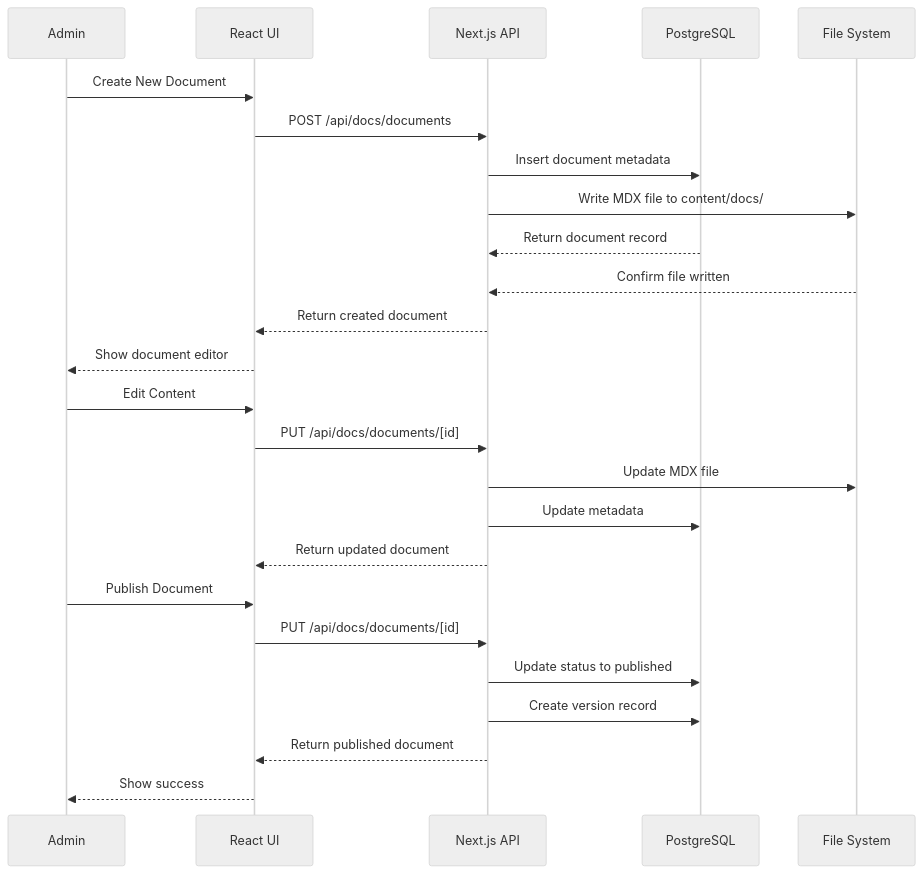
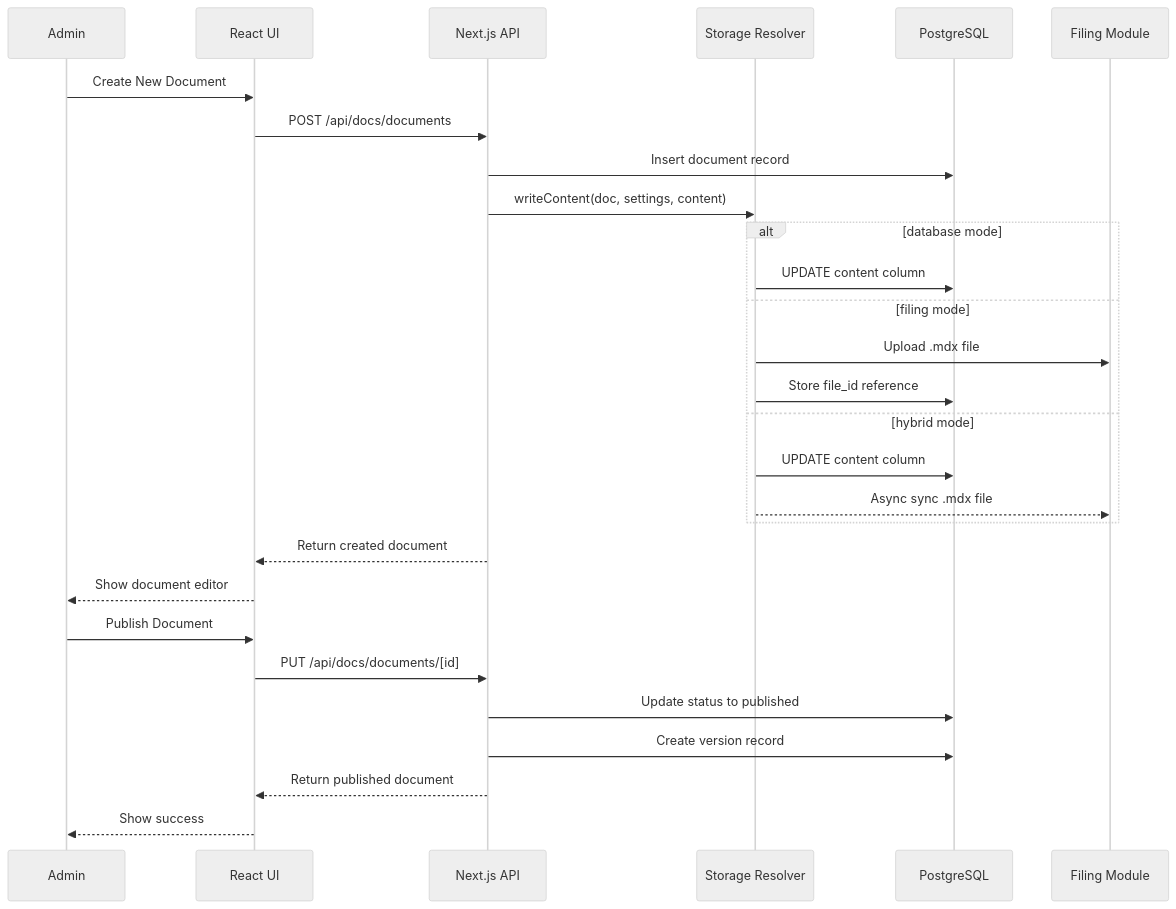
Before and after one commit to stellarsoft-tech/IdaraOS: the fourth of 8 diagrams in docs/modules/docs/architecture.md, drawn with Mermaid (neutral theme). The commit also changed other lines of this file and 25 other files, not shown here.

First line of the commit message:
docs: DB migrations, storage settings, dev Docker parity

````diff
--- a/docs/modules/docs/architecture.md
+++ b/docs/modules/docs/architecture.md
@@ -149,30 +172,34 @@
 ```mermaid
 sequenceDiagram
     participant Admin
     participant UI as React UI
     participant API as Next.js API
+    participant SR as Storage Resolver
     participant DB as PostgreSQL
-    participant FS as File System
+    participant Filing as Filing Module
     
     Admin->>UI: Create New Document
     UI->>API: POST /api/docs/documents
-    API->>DB: Insert document metadata
-    API->>FS: Write MDX file to content/docs/
-    DB-->>API: Return document record
-    FS-->>API: Confirm file written
+    API->>DB: Insert document record
+    API->>SR: writeContent(doc, settings, content)
+    
+    alt database mode
+        SR->>DB: UPDATE content column
+    else filing mode
+        SR->>Filing: Upload .mdx file
+        SR->>DB: Store file_id reference
+    else hybrid mode
+        SR->>DB: UPDATE content column
+        SR-->>Filing: Async sync .mdx file
+    end
+    
     API-->>UI: Return created document
     UI-->>Admin: Show document editor
-    
-    Admin->>UI: Edit Content
-    UI->>API: PUT /api/docs/documents/[id]
-    API->>FS: Update MDX file
-    API->>DB: Update metadata
-    API-->>UI: Return updated document
     
     Admin->>UI: Publish Document
     UI->>API: PUT /api/docs/documents/[id]
     API->>DB: Update status to published
     API->>DB: Create version record
     API-->>UI: Return published document
     UI-->>Admin: Show success
 ```
````
